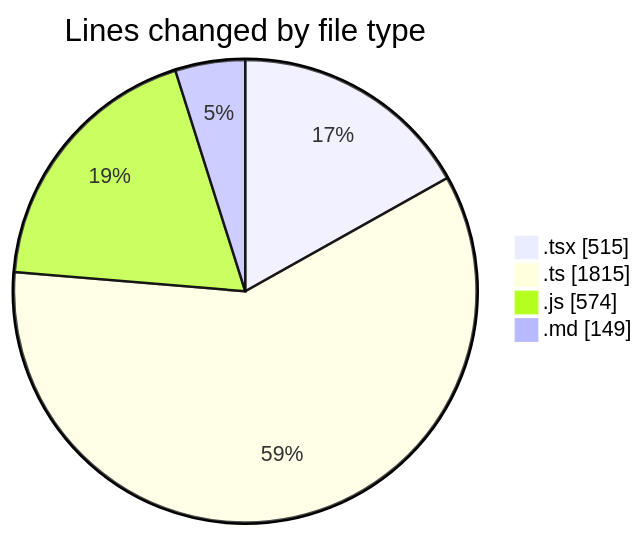
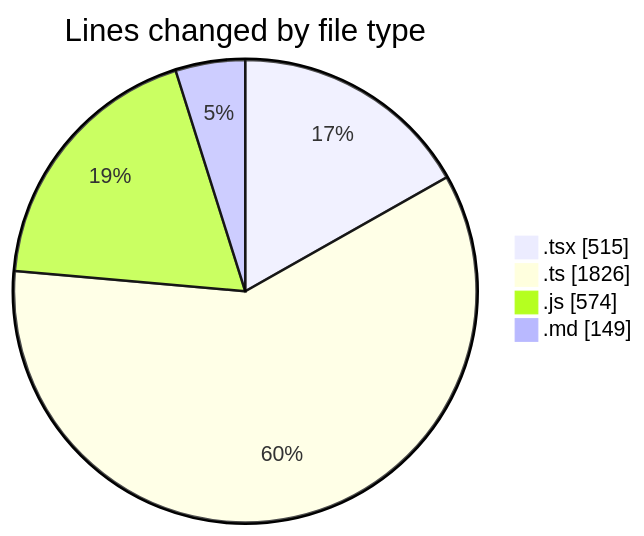
One commit to momahboobian/code-tracking changed the first of 2 diagrams in 2026-06-04/cda/README.md. Above: the diagram before and after it, drawn with Mermaid. The commit also changed other lines of this file and 1 other file, not shown here.

````diff
--- a/2026-06-04/cda/README.md
+++ b/2026-06-04/cda/README.md
@@ -35,8 +35,8 @@
 ```mermaid
 pie showData
 title Lines changed by file type
 ".tsx" : 515
-".ts" : 1815
+".ts" : 1826
 ".js" : 574
 ".md" : 149
 ```
````
